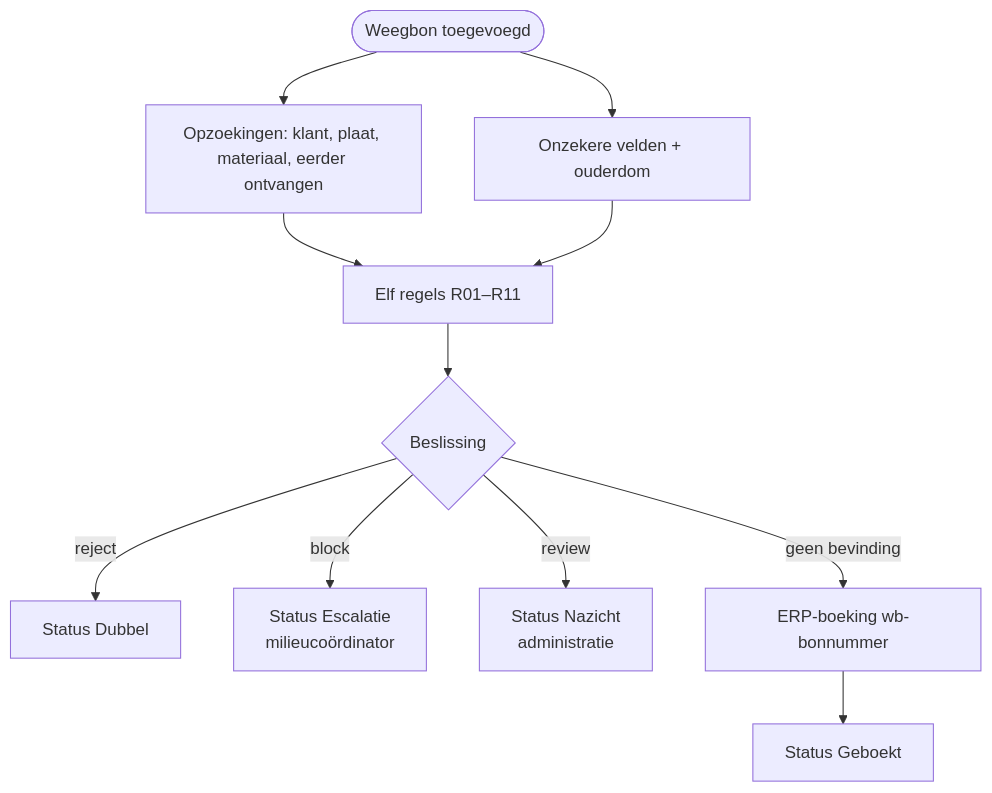
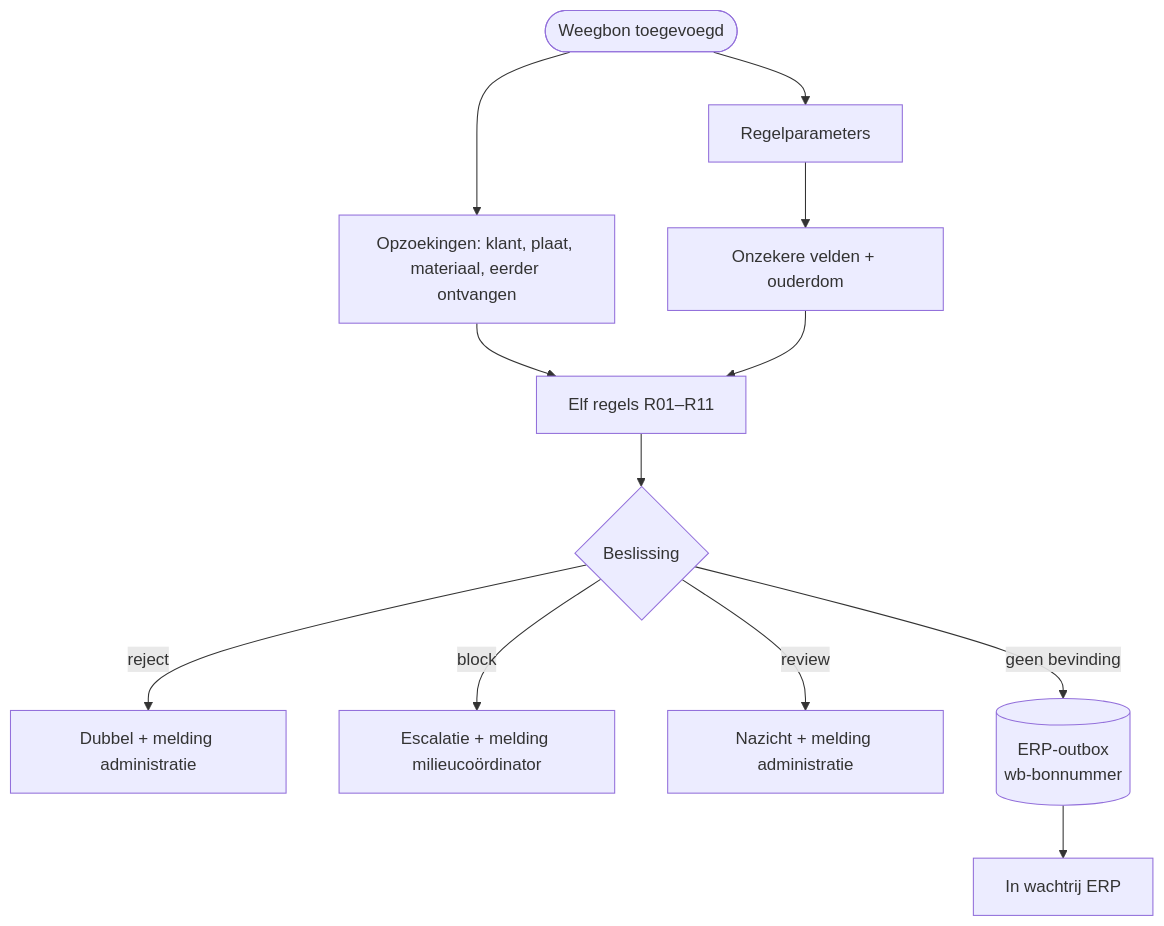
Before and after one commit to phlppgdfry/construction-digital-transformation: the diagram in power-platform/flows/HV-DI-01.md, drawn with Mermaid. The commit also changed other lines of this file and 109 other files, not shown here.

````diff
--- a/power-platform/flows/HV-DI-01.md
+++ b/power-platform/flows/HV-DI-01.md
@@ -42,13 +43,13 @@
 ```mermaid
 flowchart TD
-  T([Weegbon toegevoegd]) --> L[Opzoekingen: klant, plaat, materiaal, eerder ontvangen]
-  T --> C[Onzekere velden + ouderdom]
+  T([Weegbon toegevoegd]) --> P[Regelparameters]
+  T --> L[Opzoekingen: klant, plaat, materiaal, eerder ontvangen]
+  P --> C[Onzekere velden + ouderdom]
   L --> R[Elf regels R01–R11]
   C --> R
   R --> B{Beslissing}
-  B -->|reject| D[Status Dubbel]
-  B -->|block| E[Status Escalatie<br/>milieucoördinator]
-  B -->|review| N[Status Nazicht<br/>administratie]
-  B -->|geen bevinding| A[ERP-boeking wb-bonnummer]
-  A --> G[Status Geboekt]
+  B -->|reject| D[Dubbel + melding administratie]
+  B -->|block| E[Escalatie + melding milieucoördinator]
+  B -->|review| N[Nazicht + melding administratie]
+  B -->|geen bevinding| A[(ERP-outbox<br/>wb-bonnummer)] --> W[In wachtrij ERP]
 ```
````
